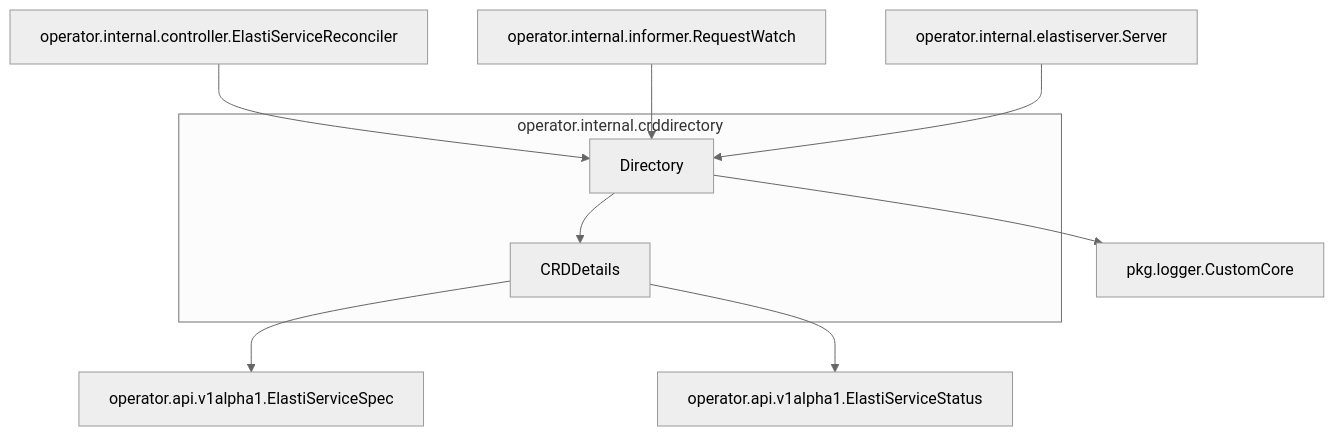
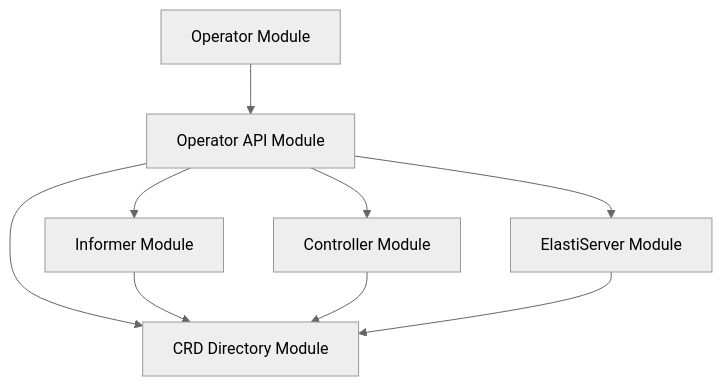
Before and after one commit to ShreyasPatel031/CodeWiki: the diagram in demo/repos/KubeElasti/crddirectory.md, drawn with Mermaid (neutral theme). The commit also changed other lines of this file and 55 other files, not shown here.

````diff
--- a/demo/repos/KubeElasti/crddirectory.md
+++ b/demo/repos/KubeElasti/crddirectory.md
@@ -41,31 +15,18 @@
 ```mermaid
 graph TD
-    subgraph operator.internal.crddirectory
-        A[Directory]
-        B[CRDDetails]
-    end
+    operator[Operator Module] --> operator_api[Operator API Module]
+    operator_api --> crddirectory[CRD Directory Module]
+    operator_api --> controller[Controller Module]
+    operator_api --> elastiserver[ElastiServer Module]
+    operator_api --> informer[Informer Module]
 
-    C[operator.internal.controller.ElastiServiceReconciler]
-    D[operator.internal.informer.RequestWatch]
-    E[operator.internal.elastiserver.Server]
-    F[pkg.logger.CustomCore]
-    G[operator.api.v1alpha1.ElastiServiceSpec]
-    H[operator.api.v1alpha1.ElastiServiceStatus]
+    informer --> crddirectory
+    controller --> crddirectory
+    elastiserver --> crddirectory
 
-    A --> B
-    A --> F
-    C --> A
-    D --> A
-    E --> A
-    B --> G
-    B --> H
-
-    click A "crddirectory.md" "View CRD Directory Module"
-    click B "crddirectory.md" "View CRD Details Structure"
-    click C "controller.md" "View Controller Module"
-    click D "informer.md" "View Informer Module"
-    click E "elastiserver.md" "View ElastiServer Module"
-    click F "logger.md" "View Logger Module"
-    click G "api.md" "View ElastiServiceSpec"
-    click H "api.md" "View ElastiServiceStatus"
+    click operator_api "operator_api.md" "View Operator API Module"
+    click crddirectory "crddirectory.md" "View CRD Directory Module"
+    click controller "controller.md" "View Controller Module"
+    click elastiserver "elastiserver.md" "View ElastiServer Module"
+    click informer "informer.md" "View Informer Module"
 ```
````
